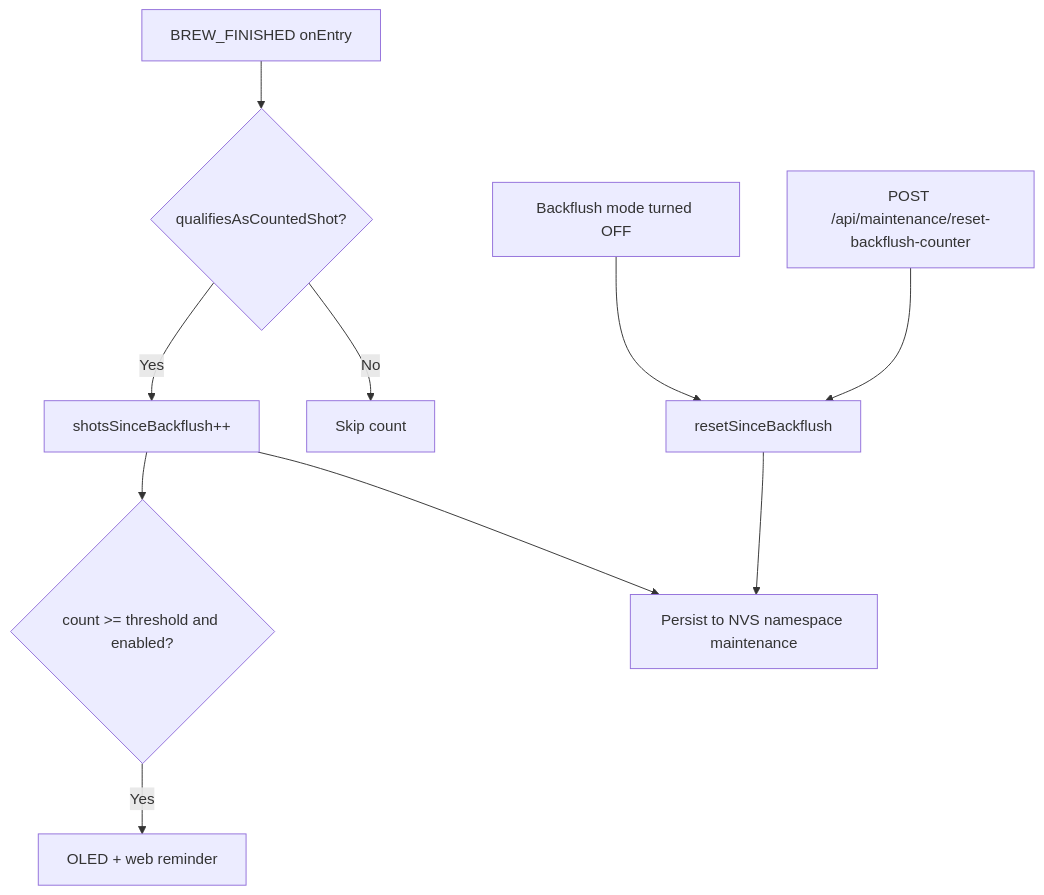
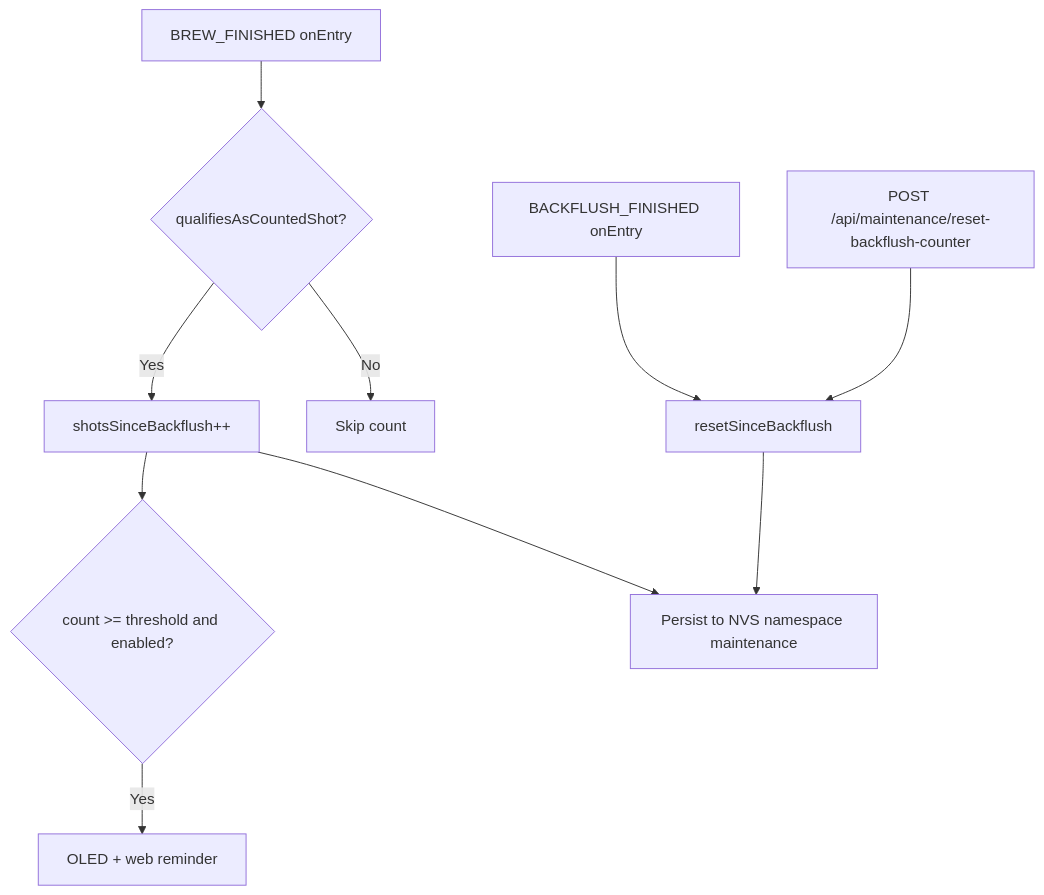
One commit to BlackDark/fork-clevercoffee changed the diagram in docs/features/backflush-reminder.md. Above: the diagram before and after it, drawn with Mermaid. The commit also changed other lines of this file and 25 other files, not shown here.

````diff
--- a/docs/features/backflush-reminder.md
+++ b/docs/features/backflush-reminder.md
@@ -26,12 +26,12 @@
 ```mermaid
 flowchart TD
     brewFinished[BREW_FINISHED onEntry] --> qualify{qualifiesAsCountedShot?}
     qualify -->|No| skip[Skip count]
     qualify -->|Yes| increment[shotsSinceBackflush++]
     increment --> nvs[Persist to NVS namespace maintenance]
     increment --> due{count >= threshold and enabled?}
     due -->|Yes| notify[OLED + web reminder]
-    backflushOff[Backflush mode turned OFF] --> reset[resetSinceBackflush]
+    backflushFinished[BACKFLUSH_FINISHED onEntry] --> reset[resetSinceBackflush]
     manualReset[POST /api/maintenance/reset-backflush-counter] --> reset
     reset --> nvs
 ```
````
